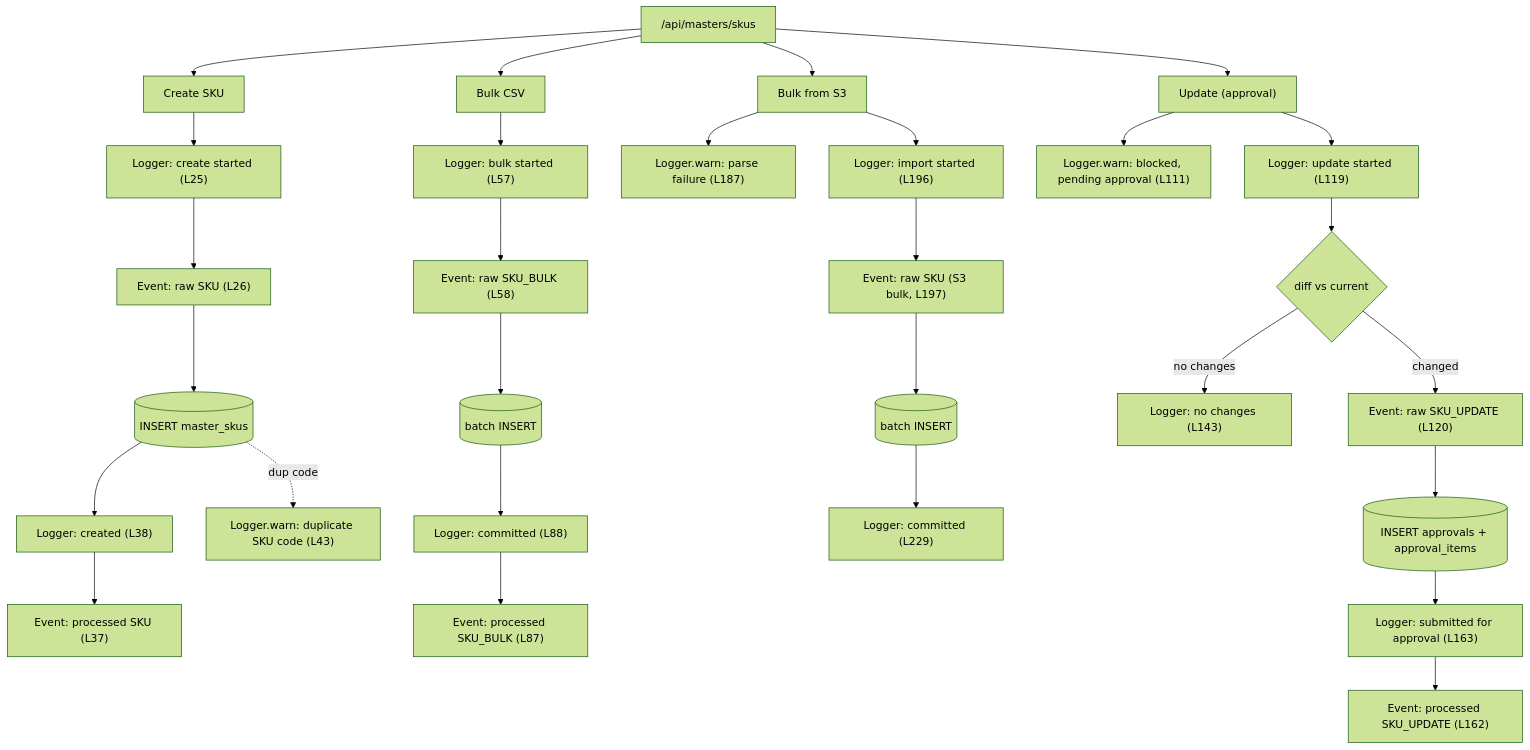
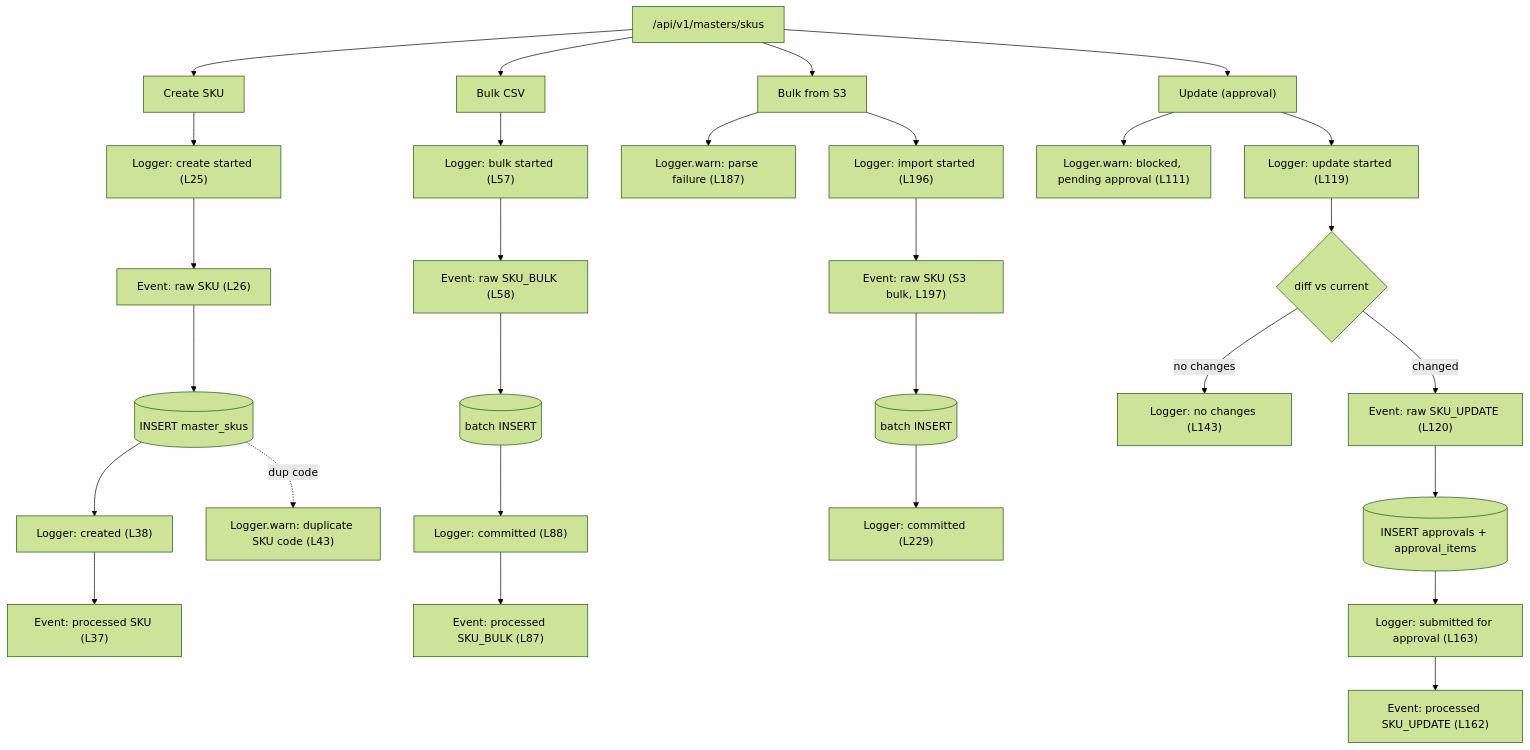
The first of 10 diagrams in erp_project/docs/interaction-logging-map.md (ERP-PreFg-Admin/ERP-Prefg-Tool), drawn with Mermaid (forest theme) before and after one commit. The commit also changed other lines of this file and 96 other files, not shown here.

````diff
--- a/erp_project/docs/interaction-logging-map.md
+++ b/erp_project/docs/interaction-logging-map.md
@@ -35,35 +35,35 @@
 ```mermaid
 flowchart TD
-    P["/api/masters/skus"] --> Create["Create SKU"]
+    P["/api/v1/masters/skus"] --> Create["Create SKU"]
     P --> Bulk["Bulk CSV"]
     P --> S3Bulk["Bulk from S3"]
     P --> Update["Update (approval)"]
 
     Create --> L1["Logger: create started (L25)"]
     L1 --> E1["Event: raw SKU (L26)"]
     E1 --> DB1[("INSERT master_skus")]
     DB1 --> L2["Logger: created (L38)"]
     L2 --> E2["Event: processed SKU (L37)"]
     DB1 -.dup code.-> LW["Logger.warn: duplicate SKU code (L43)"]
 
     Bulk --> L3["Logger: bulk started (L57)"]
     L3 --> E3["Event: raw SKU_BULK (L58)"]
     E3 --> DB2[("batch INSERT")]
     DB2 --> L4["Logger: committed (L88)"]
     L4 --> E4["Event: processed SKU_BULK (L87)"]
 
     S3Bulk --> LW2["Logger.warn: parse failure (L187)"]
     S3Bulk --> L5["Logger: import started (L196)"]
     L5 --> E5["Event: raw SKU (S3 bulk, L197)"]
     E5 --> DB3[("batch INSERT")]
     DB3 --> L6["Logger: committed (L229)"]
 
     Update --> LBlk["Logger.warn: blocked, pending approval (L111)"]
     Update --> L7["Logger: update started (L119)"]
     L7 --> Diff{"diff vs current"}
     Diff -->|no changes| LN["Logger: no changes (L143)"]
     Diff -->|changed| E6["Event: raw SKU_UPDATE (L120)"]
     E6 --> AR[("INSERT approvals + approval_items")]
     AR --> L8["Logger: submitted for approval (L163)"]
     L8 --> E7["Event: processed SKU_UPDATE (L162)"]
 ```
````
